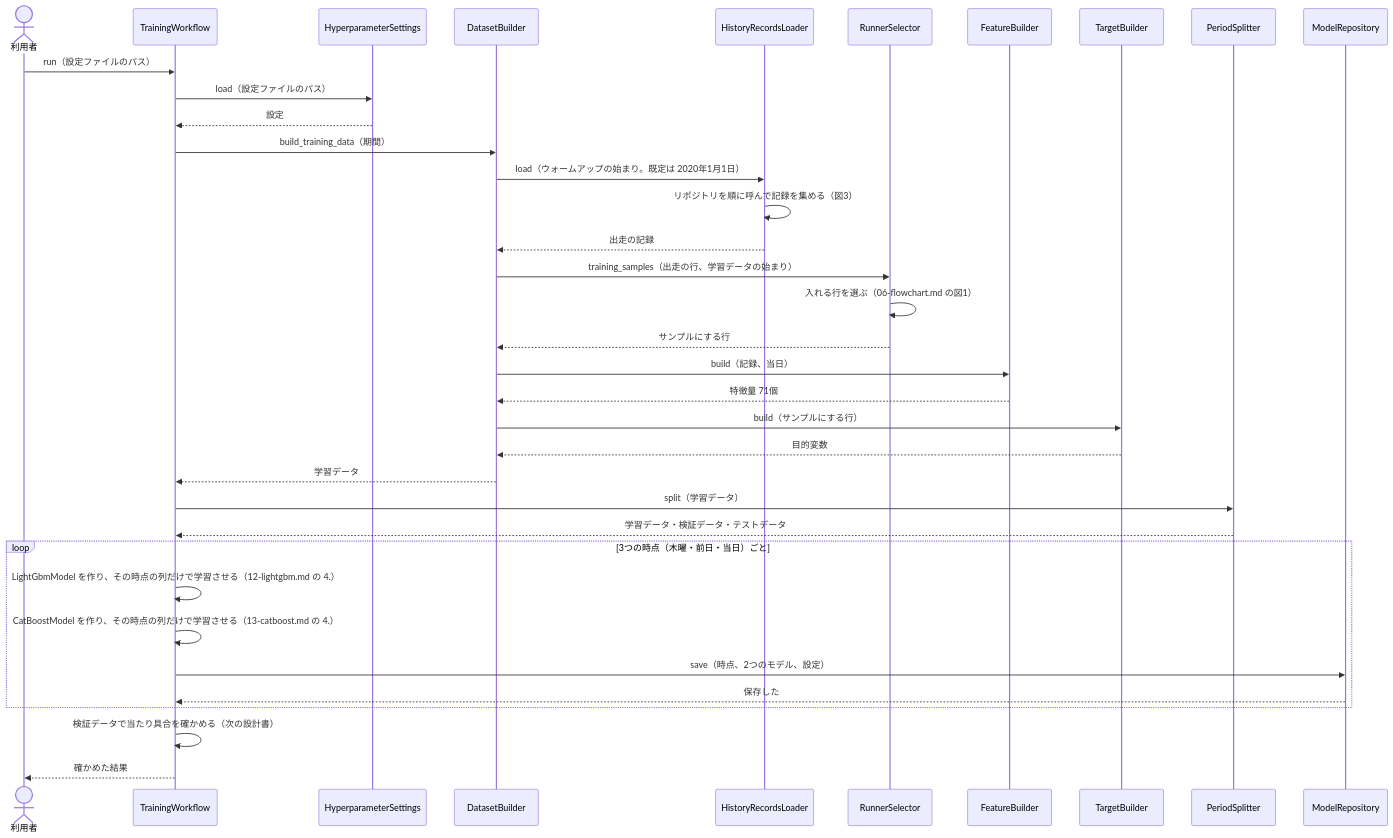
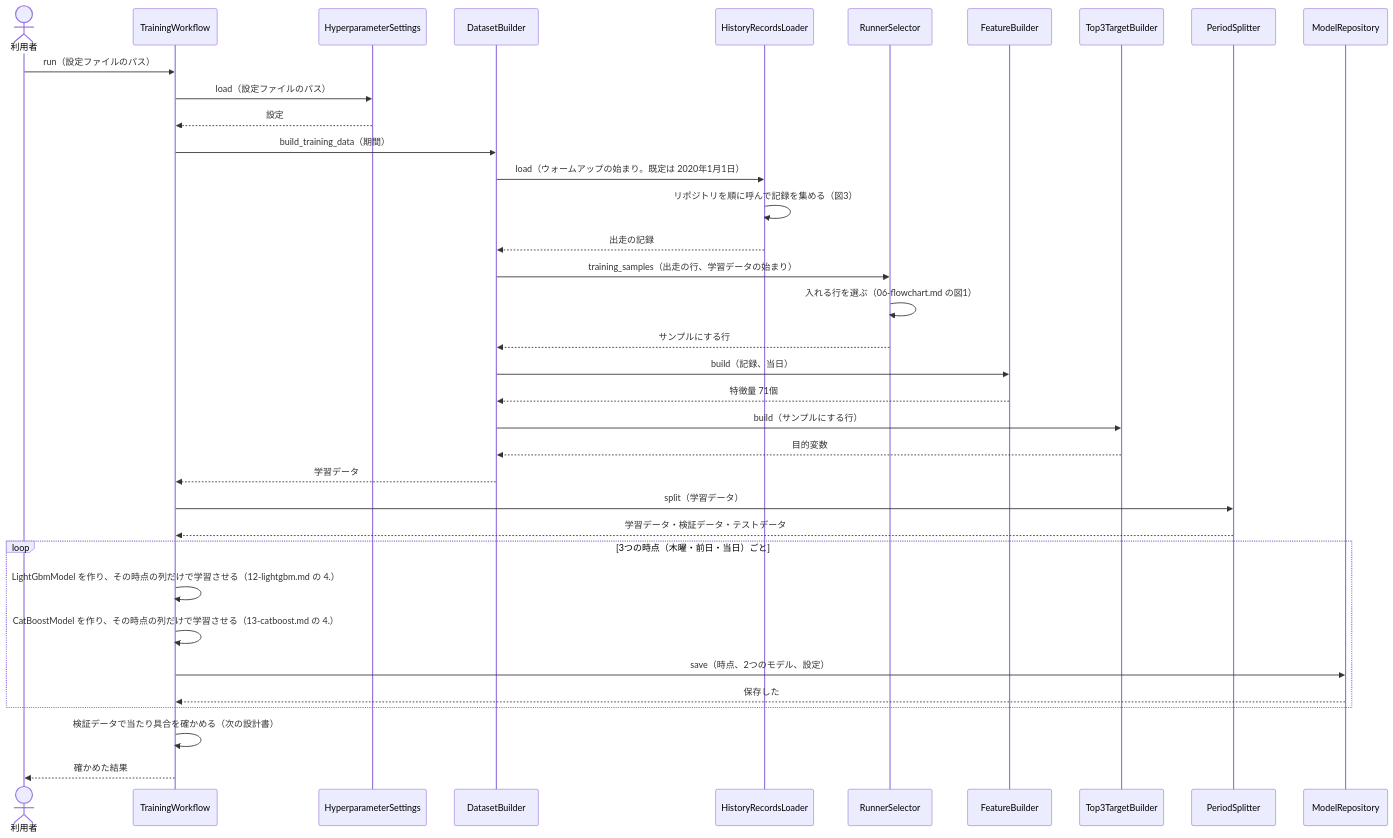
One commit to ht-0328/keiba-yosou changed the first of 4 diagrams in docs/design/近走と適性から3着以内を予想/05-sequence.md. Above: the diagram before and after it, drawn with Mermaid. The commit also changed other lines of this file and 64 other files, not shown here.

````diff
--- a/docs/design/近走と適性から3着以内を予想/05-sequence.md
+++ b/docs/design/近走と適性から3着以内を予想/05-sequence.md
@@ -40,38 +40,38 @@
 ```mermaid
 sequenceDiagram
     actor U as 利用者
     participant W as TrainingWorkflow
     participant H as HyperparameterSettings
     participant D as DatasetBuilder
     participant L as HistoryRecordsLoader
     participant RS as RunnerSelector
     participant F as FeatureBuilder
-    participant T as TargetBuilder
+    participant T as Top3TargetBuilder
     participant S as PeriodSplitter
     participant MR as ModelRepository
     U->>W: run（設定ファイルのパス）
     W->>H: load（設定ファイルのパス）
     H-->>W: 設定
     W->>D: build_training_data（期間）
     D->>L: load（ウォームアップの始まり。既定は 2020年1月1日）
     L->>L: リポジトリを順に呼んで記録を集める（図3）
     L-->>D: 出走の記録
     D->>RS: training_samples（出走の行、学習データの始まり）
     RS->>RS: 入れる行を選ぶ（06-flowchart.md の図1）
     RS-->>D: サンプルにする行
     D->>F: build（記録、当日）
     F-->>D: 特徴量 71個
     D->>T: build（サンプルにする行）
     T-->>D: 目的変数
     D-->>W: 学習データ
     W->>S: split（学習データ）
     S-->>W: 学習データ・検証データ・テストデータ
     loop 3つの時点（木曜・前日・当日）ごと
         W->>W: LightGbmModel を作り、その時点の列だけで学習させる（12-lightgbm.md の 4.）
         W->>W: CatBoostModel を作り、その時点の列だけで学習させる（13-catboost.md の 4.）
         W->>MR: save（時点、2つのモデル、設定）
         MR-->>W: 保存した
     end
     W->>W: 検証データで当たり具合を確かめる（次の設計書）
     W-->>U: 確かめた結果
 ```
````
